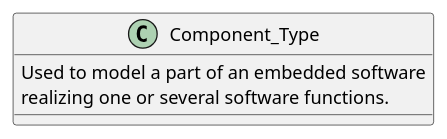
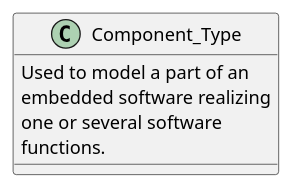
The diagram in Meta-Classes/Component_Type.puml (HomeMadeBots/Embedded_Software_Meta_Model), drawn with PlantUML before and after one commit. The commit also changed 6 other files, not shown here.

```diff
--- a/Meta-Classes/Component_Type.puml
+++ b/Meta-Classes/Component_Type.puml
@@ -1,9 +1,11 @@
 @startuml
 
 class Component_Type
 {
-  Used to model a part of an embedded software
-  realizing one or several software functions.
+  Used to model a part of an
+  embedded software realizing
+  one or several software
+  functions.
 }
 
 @enduml
```
